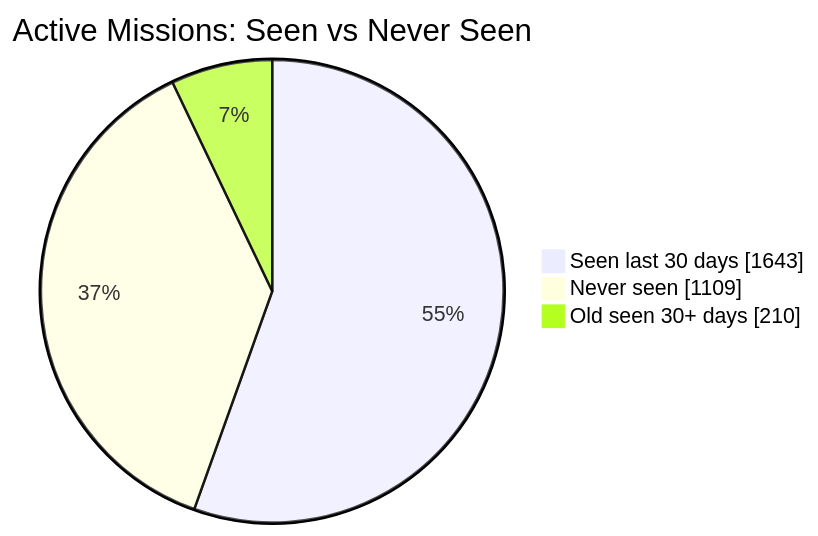
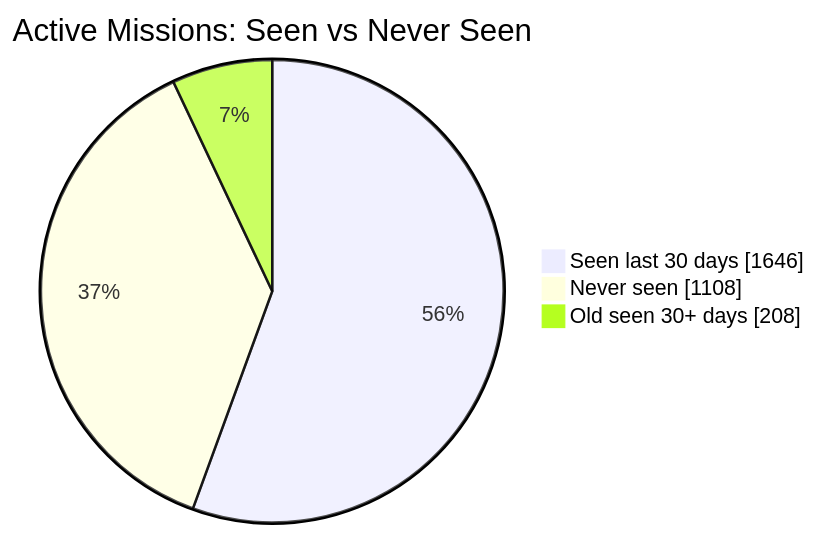
Before and after one commit to MeldkamerspelGameTeam/active-missions: the first of 2 diagrams in README.md, drawn with Mermaid. The commit also changed other lines of this file and 4 other files, not shown here.

````diff
--- a/README.md
+++ b/README.md
@@ -34,7 +34,7 @@
 ```mermaid
 pie showData
     title Active Missions: Seen vs Never Seen
-    "Seen last 30 days" : 1643
-    "Never seen" : 1109
-    "Old seen 30+ days" : 210
+    "Seen last 30 days" : 1646
+    "Never seen" : 1108
+    "Old seen 30+ days" : 208
 ```
````
